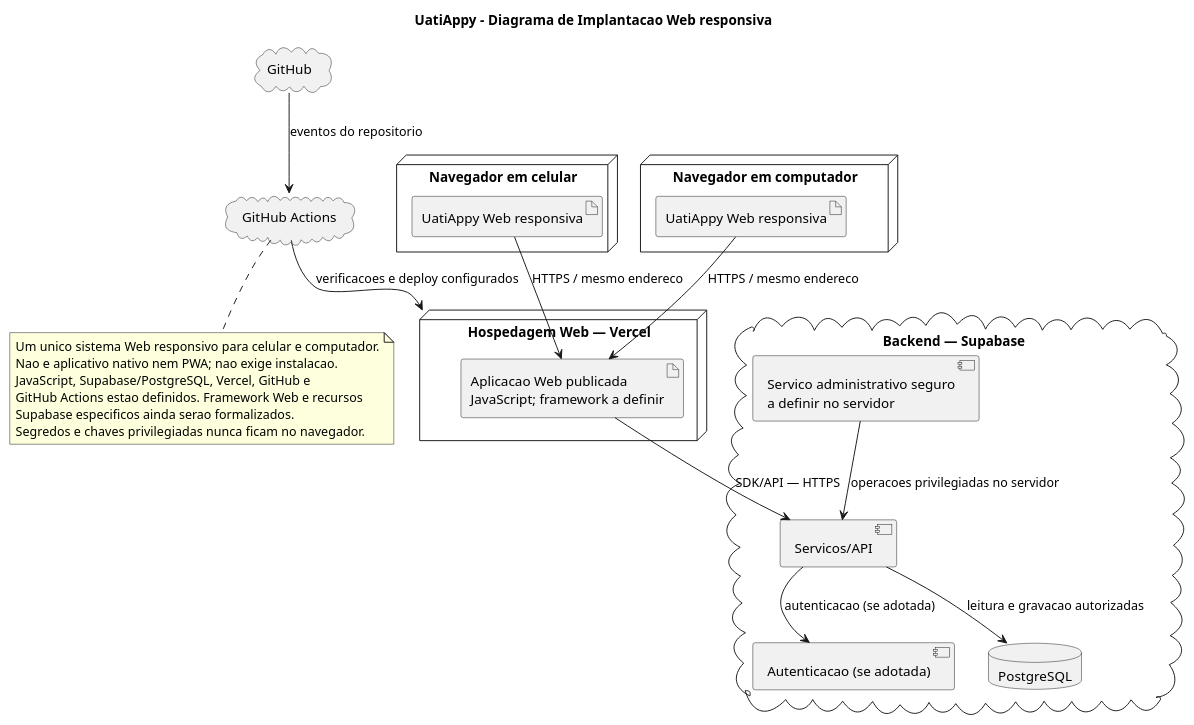
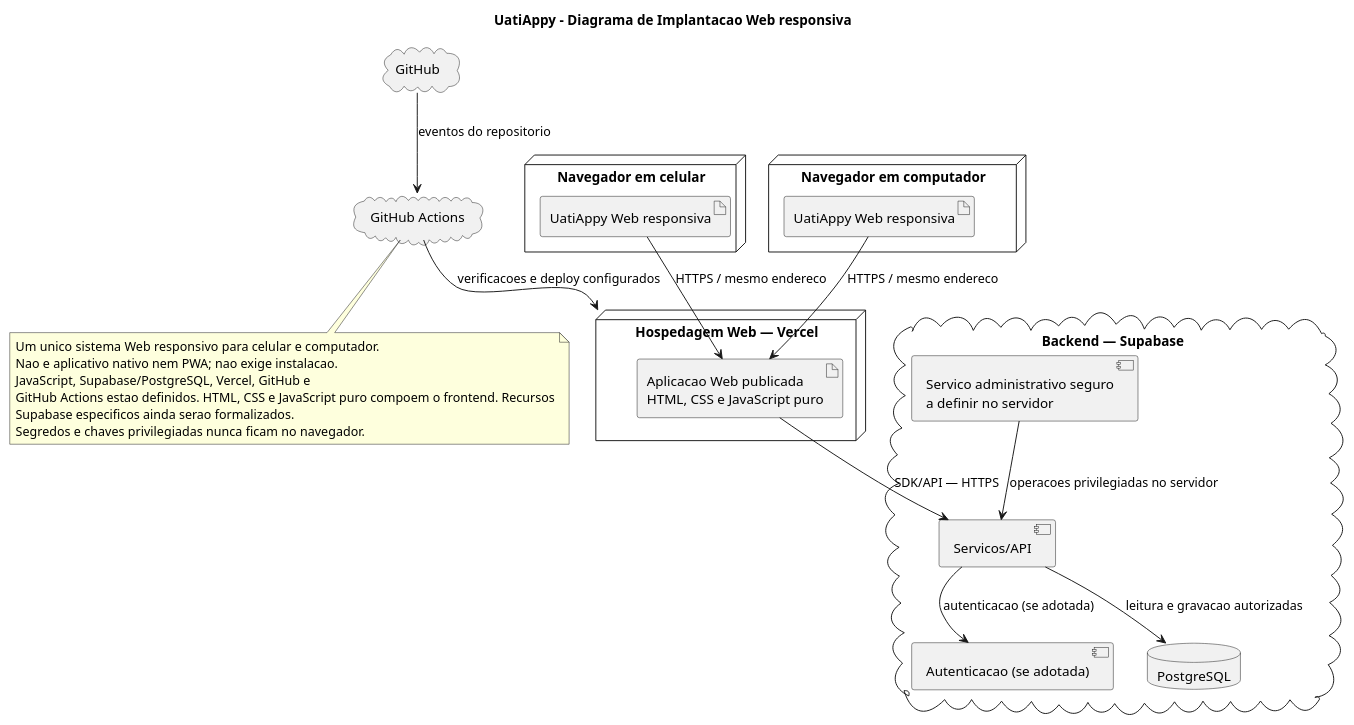
The fifth of 10 diagrams in Docs/requisitos/escopo-mvp.md (daviwanziler/uatiappy-vdois), drawn with PlantUML before and after one commit. The commit also changed other lines of this file, not shown here.

Commit message:
docs: alinhar detalhes da stack web

````diff
--- a/Docs/requisitos/escopo-mvp.md
+++ b/Docs/requisitos/escopo-mvp.md
@@ -398,42 +398,42 @@
 ```plantuml
 @startuml
 title UatiAppy - Diagrama de Implantacao Web responsiva
 
 node "Navegador em celular" as MOBILE {
   artifact "UatiAppy Web responsiva" as MOBILEAPP
 }
 node "Navegador em computador" as DESKTOP {
   artifact "UatiAppy Web responsiva" as DESKTOPAPP
 }
 node "Hospedagem Web — Vercel" as HOST {
-  artifact "Aplicacao Web publicada\nJavaScript; framework a definir" as WEBAPP
+  artifact "Aplicacao Web publicada\nHTML, CSS e JavaScript puro" as WEBAPP
 }
 cloud "Backend — Supabase" as BACKEND {
   component "Servicos/API" as API
   component "Autenticacao (se adotada)" as AUTH
   database "PostgreSQL" as DB
   component "Servico administrativo seguro\na definir no servidor" as ADMIN
 }
 
 MOBILEAPP --> WEBAPP : HTTPS / mesmo endereco
 DESKTOPAPP --> WEBAPP : HTTPS / mesmo endereco
 WEBAPP --> API : SDK/API — HTTPS
 API --> AUTH : autenticacao (se adotada)
 API --> DB : leitura e gravacao autorizadas
 ADMIN --> API : operacoes privilegiadas no servidor
 
 cloud "GitHub" as GITHUB
 cloud "GitHub Actions" as ACTIONS
 GITHUB --> ACTIONS : eventos do repositorio
 ACTIONS --> HOST : verificacoes e deploy configurados
 
 note bottom
   Um unico sistema Web responsivo para celular e computador.
   Nao e aplicativo nativo nem PWA; nao exige instalacao.
   JavaScript, Supabase/PostgreSQL, Vercel, GitHub e
-  GitHub Actions estao definidos. Framework Web e recursos
+  GitHub Actions estao definidos. HTML, CSS e JavaScript puro compoem o frontend. Recursos
   Supabase especificos ainda serao formalizados.
   Segredos e chaves privilegiadas nunca ficam no navegador.
 end note
 @enduml
 ```
````
